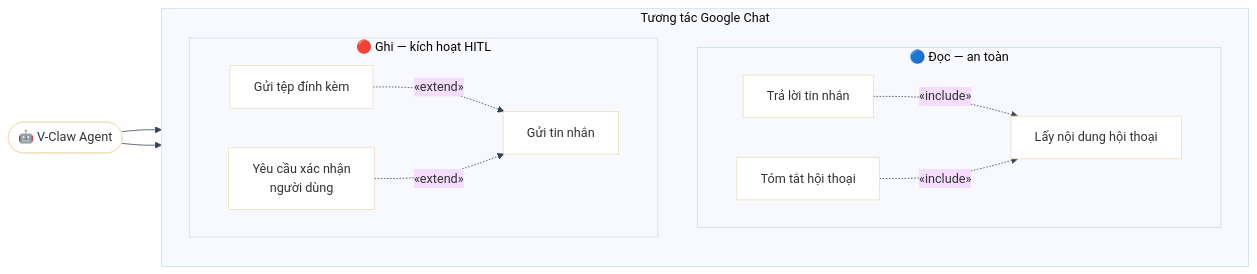
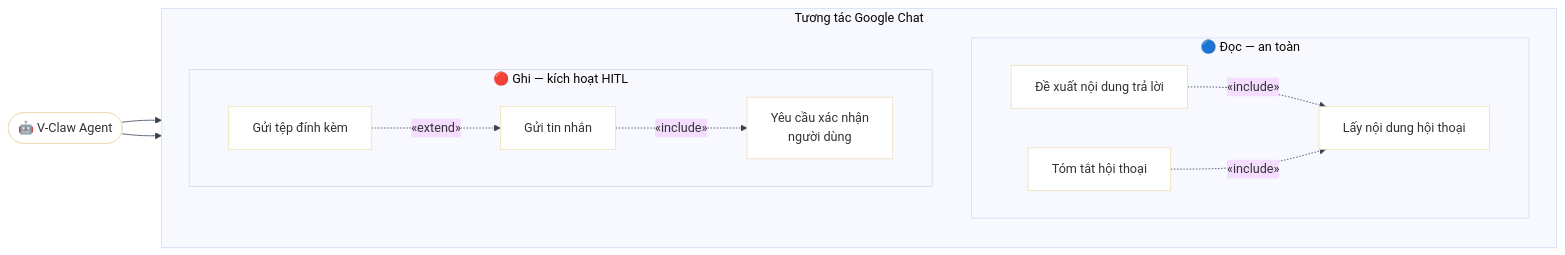
The fifth of 9 diagrams in docs/02-usecase-diagram.md (AI26-V-Claw/V-Claw), drawn with Mermaid before and after one commit. The commit also changed 4 other files, not shown here.

````diff
--- a/docs/02-usecase-diagram.md
+++ b/docs/02-usecase-diagram.md
@@ -168,27 +168,27 @@
 ```mermaid
 %%{init: {"theme": "base", "themeVariables": {"background": "#ffffff", "mainBkg": "#ffffff", "darkMode": false, "lineColor": "#374151"}}}%%
 flowchart LR
     agent(["🤖 V-Claw Agent"])
 
     subgraph CHAT ["Tương tác Google Chat"]
         direction TB
         subgraph CHAT_READ ["🔵 Đọc — an toàn"]
             CH_FETCH["Lấy nội dung hội thoại"]
             CH_SUM["Tóm tắt hội thoại"]
-            CH_REPLY["Trả lời tin nhắn"]
-            CH_REPLY -.->|"«include»"| CH_FETCH
+            CH_DRAFT_REPLY["Đề xuất nội dung trả lời"]
+            CH_DRAFT_REPLY -.->|"«include»"| CH_FETCH
             CH_SUM -.->|"«include»"| CH_FETCH
         end
 
         subgraph CHAT_WRITE ["🔴 Ghi — kích hoạt HITL"]
             CH_SEND["Gửi tin nhắn"]
             CH_FILE["Gửi tệp đính kèm"]
             CH_APPROVE["Yêu cầu xác nhận\nngười dùng"]
             CH_FILE -.->|"«extend»"| CH_SEND
-            CH_APPROVE -.->|"«extend»"| CH_SEND
+            CH_SEND -.->|"«include»"| CH_APPROVE
         end
     end
 
     agent --> CHAT_READ
     agent --> CHAT_WRITE
 ```
````
